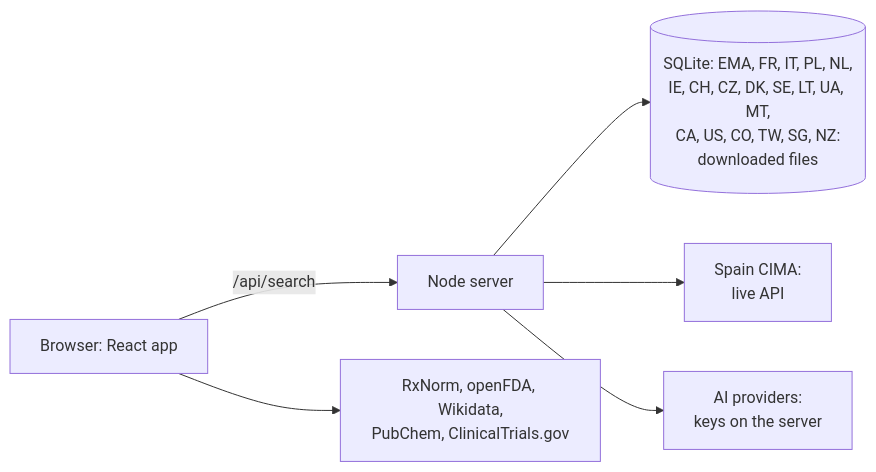
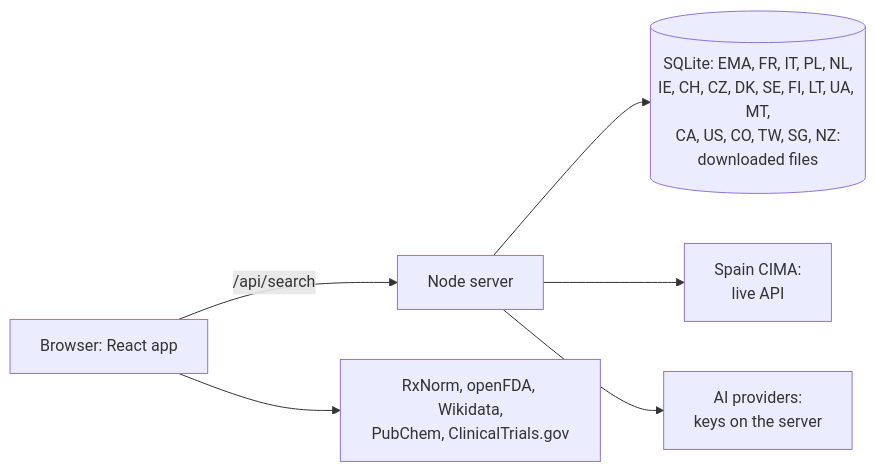
One commit to andreibesleaga/medicine-finder changed the diagram in README.md. Above: the diagram before and after it, drawn with Mermaid. The commit also changed other lines of this file and 13 other files, not shown here.

````diff
--- a/README.md
+++ b/README.md
@@ -50,8 +50,8 @@
 ```mermaid
 flowchart LR
   U[Browser: React app] -->|/api/search| S[Node server]
   U --> O[RxNorm, openFDA, Wikidata,<br/>PubChem, ClinicalTrials.gov]
-  S --> E[(SQLite: EMA, FR, IT, PL, NL,<br/>IE, CH, CZ, DK, SE, LT, UA, MT,<br/>CA, US, CO, TW, SG, NZ:<br/>downloaded files)]
+  S --> E[(SQLite: EMA, FR, IT, PL, NL,<br/>IE, CH, CZ, DK, SE, FI, LT, UA, MT,<br/>CA, US, CO, TW, SG, NZ:<br/>downloaded files)]
   S --> L[Spain CIMA:<br/>live API]
   S --> A[AI providers:<br/>keys on the server]
 ```
````
